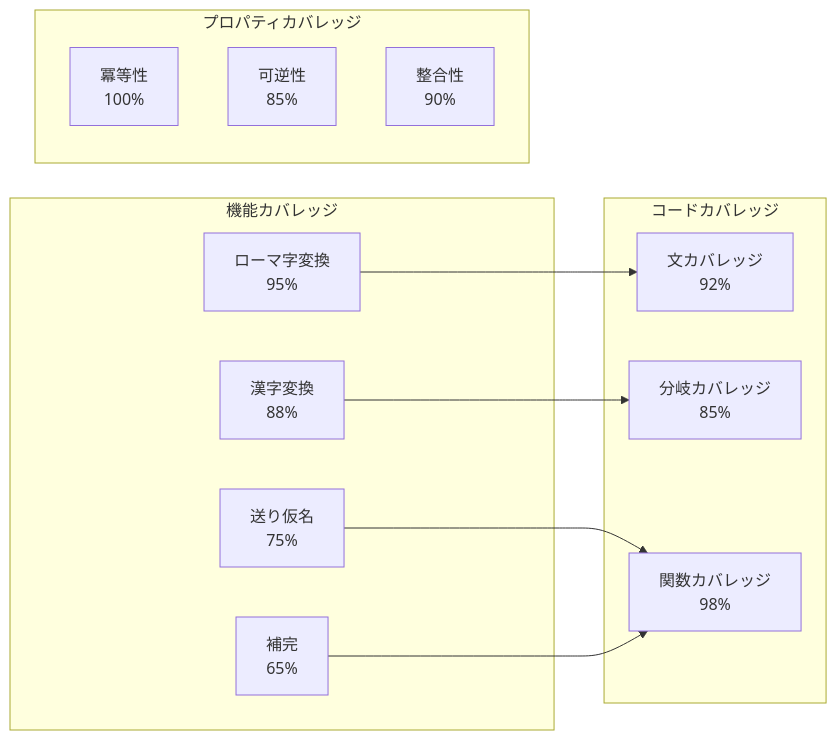
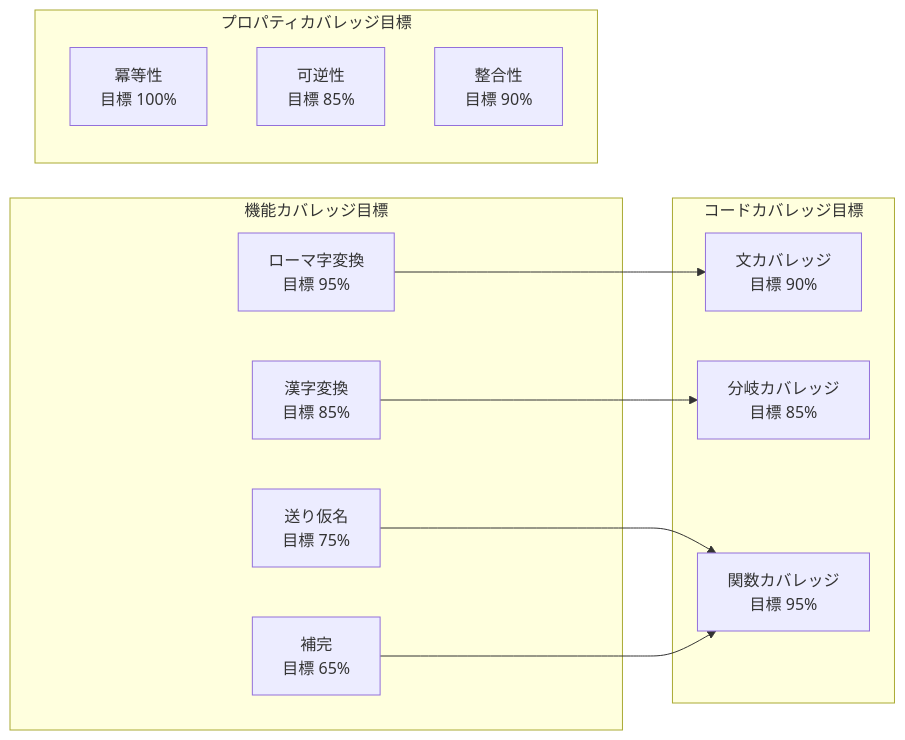
One commit to takeokunn/nskk.el changed the fourth of 7 diagrams in docs/explanation/tdd-pbt-strategy.md. Above: the diagram before and after it, drawn with Mermaid. The commit also changed other lines of this file and 300 other files, not shown here.

````diff
--- a/docs/explanation/tdd-pbt-strategy.md
+++ b/docs/explanation/tdd-pbt-strategy.md
@@ -240,26 +240,26 @@
 ```mermaid
 graph LR
-    subgraph "機能カバレッジ"
-        ROMAJI[ローマ字変換<br/>95%]
-        KANJI[漢字変換<br/>88%]
-        OKURI[送り仮名<br/>75%]
-        COMP[補完<br/>65%]
+    subgraph "機能カバレッジ目標"
+        ROMAJI[ローマ字変換<br/>目標 95%]
+        KANJI[漢字変換<br/>目標 85%]
+        OKURI[送り仮名<br/>目標 75%]
+        COMP[補完<br/>目標 65%]
     end
 
-    subgraph "コードカバレッジ"
-        STMT[文カバレッジ<br/>92%]
-        BRANCH[分岐カバレッジ<br/>85%]
-        FUNC[関数カバレッジ<br/>98%]
+    subgraph "コードカバレッジ目標"
+        STMT[文カバレッジ<br/>目標 90%]
+        BRANCH[分岐カバレッジ<br/>目標 85%]
+        FUNC[関数カバレッジ<br/>目標 95%]
     end
 
-    subgraph "プロパティカバレッジ"
-        IDEM[冪等性<br/>100%]
-        REV[可逆性<br/>85%]
-        CONS[整合性<br/>90%]
+    subgraph "プロパティカバレッジ目標"
+        IDEM[冪等性<br/>目標 100%]
+        REV[可逆性<br/>目標 85%]
+        CONS[整合性<br/>目標 90%]
     end
 
     ROMAJI --> STMT
     KANJI --> BRANCH
     OKURI --> FUNC
     COMP --> FUNC
 ```
````
